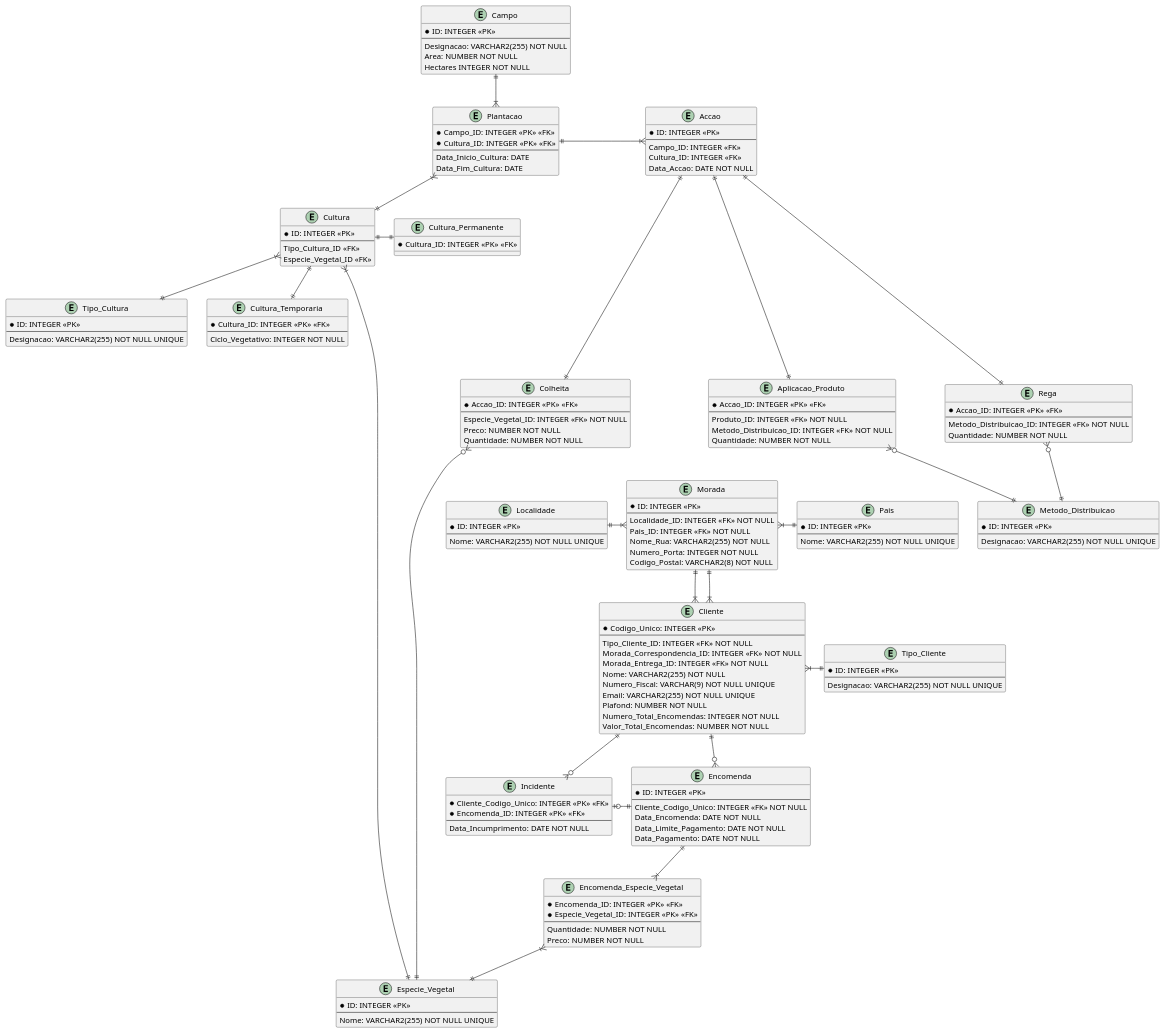
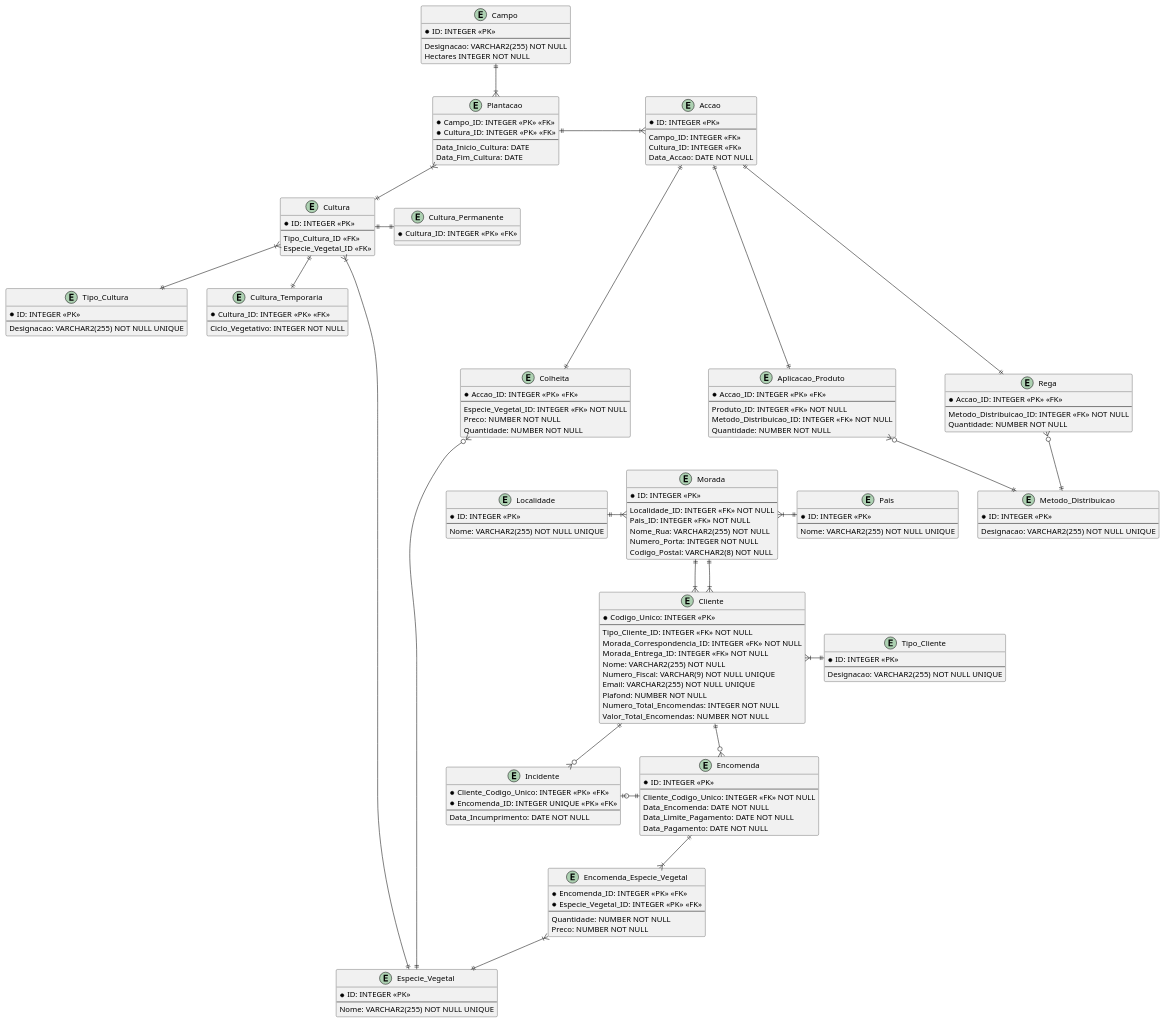
Before and after one commit to Mendoncaa/LAPR3: the diagram in BDDAD/Quinta-Finanças.puml, drawn with PlantUML. The commit also changed 2 other files, not shown here.

```diff
--- a/BDDAD/Quinta-Finanças.puml
+++ b/BDDAD/Quinta-Finanças.puml
@@ -8,7 +8,6 @@
     * ID: INTEGER <<PK>>
     --
     Designacao: VARCHAR2(255) NOT NULL
-    Area: NUMBER NOT NULL
     Hectares INTEGER NOT NULL
 }
 
@@ -115,7 +114,7 @@
     #1:'/
 entity Incidente {
     * Cliente_Codigo_Unico: INTEGER <<PK>> <<FK>>
-    * Encomenda_ID: INTEGER <<PK>> <<FK>>
+    * Encomenda_ID: INTEGER UNIQUE <<PK>> <<FK>> 
     --
     Data_Incumprimento: DATE NOT NULL
 }
```
